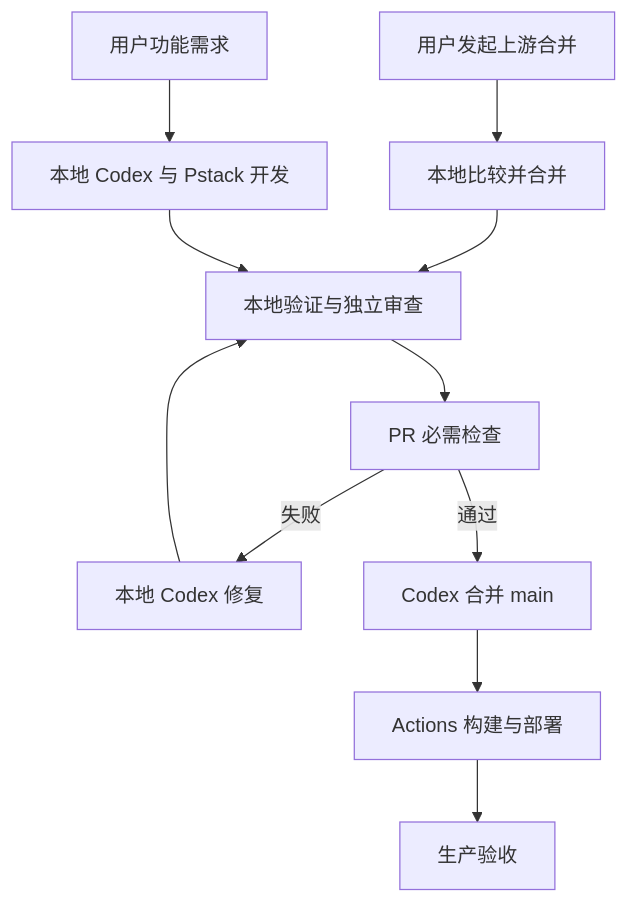
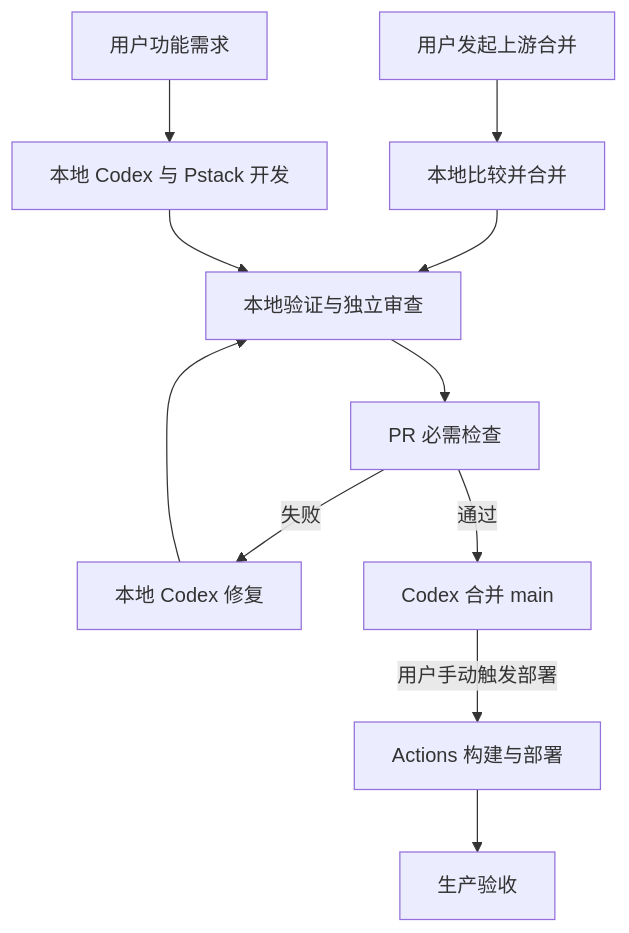
One commit to krus1995/subboost changed the diagram in docs/fork/AGENT_RUNBOOK.md. Above: the diagram before and after it, drawn with Mermaid. The commit also changed other lines of this file and 1 other file, not shown here.

````diff
--- a/docs/fork/AGENT_RUNBOOK.md
+++ b/docs/fork/AGENT_RUNBOOK.md
@@ -73,13 +73,13 @@
 ```mermaid
 flowchart TD
     A[用户发起上游合并] --> B[本地比较并合并]
     C[用户功能需求] --> D[本地 Codex 与 Pstack 开发]
     B --> E[本地验证与独立审查]
     D --> E
     E --> F[PR 必需检查]
     F -->|失败| G[本地 Codex 修复]
     G --> E
     F -->|通过| H[Codex 合并 main]
-    H --> I[Actions 构建与部署]
+    H -->|用户手动触发部署| I[Actions 构建与部署]
     I --> J[生产验收]
 ```
````
